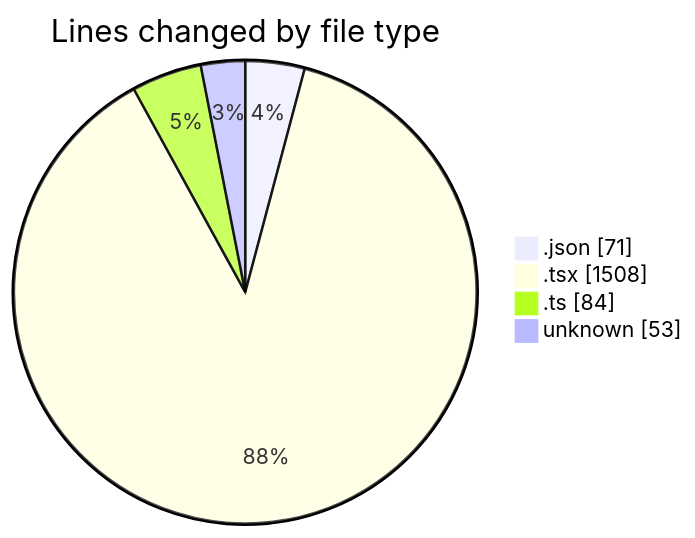
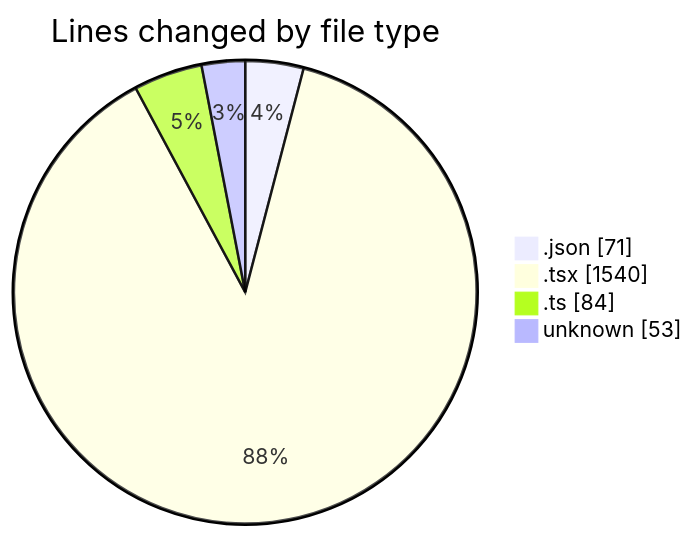
The first of 2 diagrams in 2026-01-29/cda/README.md (momahboobian/code-tracking), drawn with Mermaid before and after one commit. The commit also changed other lines of this file and 1 other file, not shown here.

````diff
--- a/2026-01-29/cda/README.md
+++ b/2026-01-29/cda/README.md
@@ -23,8 +23,8 @@
 ```mermaid
 pie showData
 title Lines changed by file type
 ".json" : 71
-".tsx" : 1508
+".tsx" : 1540
 ".ts" : 84
 "unknown" : 53
 ```
````
